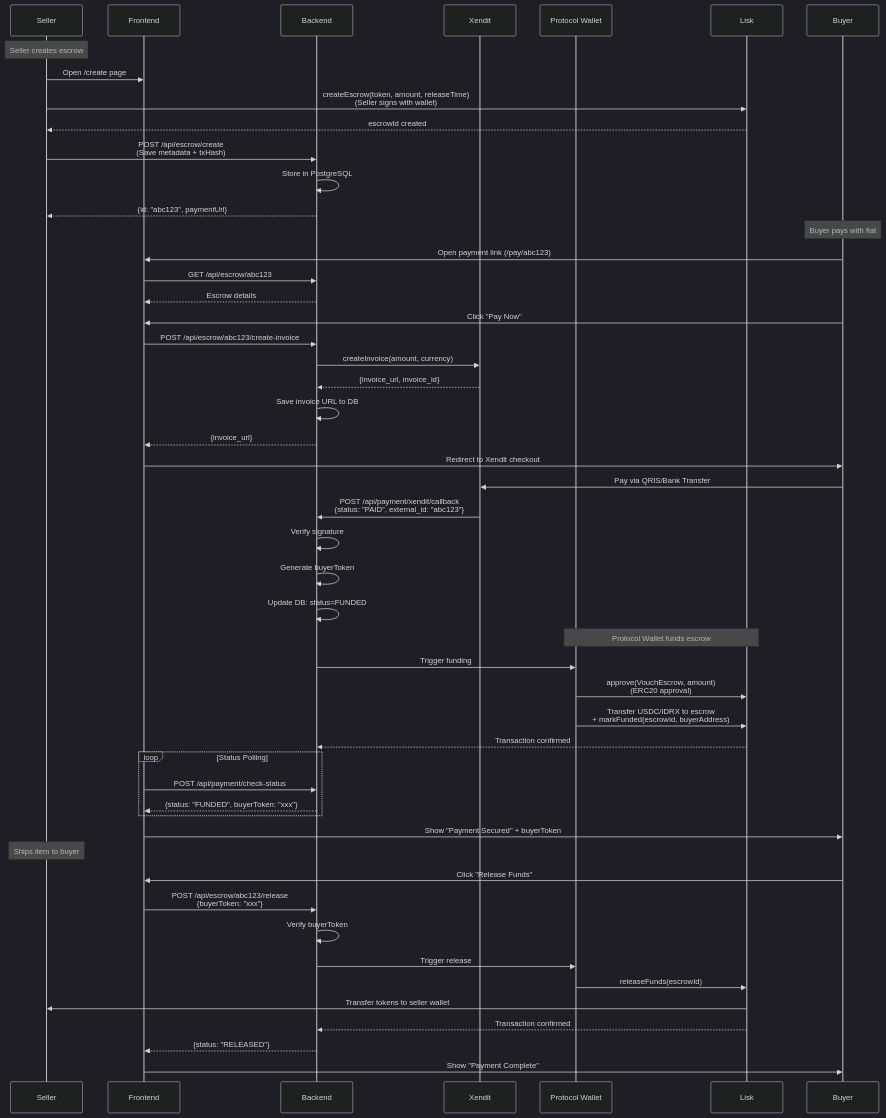
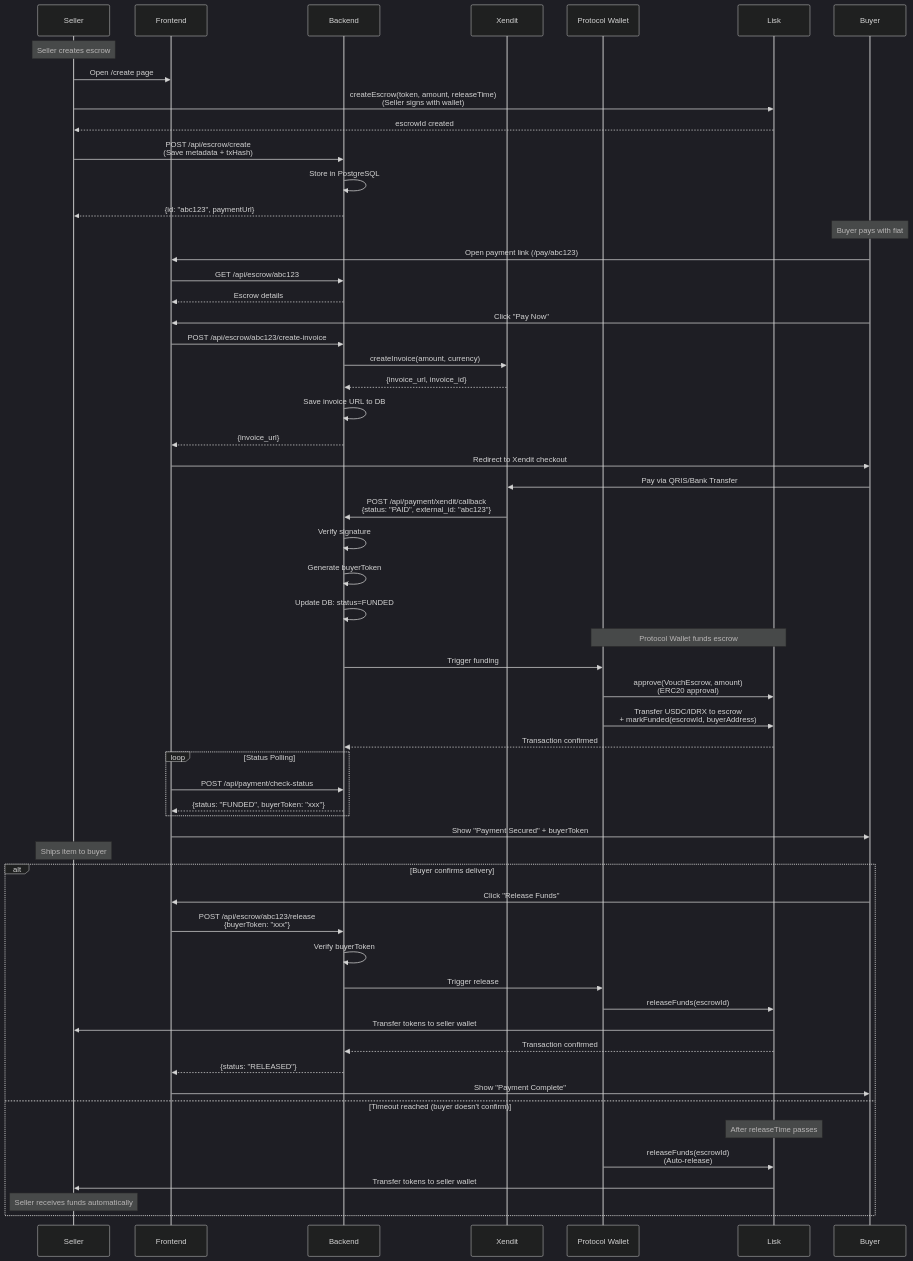
The third of 4 diagrams in README.md (pramadanif/vouch), drawn with Mermaid (dark theme) before and after one commit. The commit also changed other lines of this file, not shown here.

````diff
--- a/README.md
+++ b/README.md
@@ -299,63 +309,70 @@
 ```mermaid
 sequenceDiagram
     participant Seller
     participant Frontend
     participant Backend
     participant Xendit
     participant ProtocolWallet as Protocol Wallet
     participant Lisk
     participant Buyer
 
     Note over Seller: Seller creates escrow
     Seller->>Frontend: Open /create page
     Seller->>Lisk: createEscrow(token, amount, releaseTime)<br/>(Seller signs with wallet)
     Lisk-->>Seller: escrowId created
     Seller->>Backend: POST /api/escrow/create<br/>(Save metadata + txHash)
     Backend->>Backend: Store in PostgreSQL
     Backend-->>Seller: {id: "abc123", paymentUrl}
     
     Note over Buyer: Buyer pays with fiat
     Buyer->>Frontend: Open payment link (/pay/abc123)
     Frontend->>Backend: GET /api/escrow/abc123
     Backend-->>Frontend: Escrow details
 
     Buyer->>Frontend: Click "Pay Now"
     Frontend->>Backend: POST /api/escrow/abc123/create-invoice
     Backend->>Xendit: createInvoice(amount, currency)
     Xendit-->>Backend: {invoice_url, invoice_id}
     Backend->>Backend: Save invoice URL to DB
     Backend-->>Frontend: {invoice_url}
     
     Frontend->>Buyer: Redirect to Xendit checkout
     Buyer->>Xendit: Pay via QRIS/Bank Transfer
     Xendit->>Backend: POST /api/payment/xendit/callback<br/>{status: "PAID", external_id: "abc123"}
     
     Backend->>Backend: Verify signature
     Backend->>Backend: Generate buyerToken
     Backend->>Backend: Update DB: status=FUNDED
     
     Note over ProtocolWallet,Lisk: Protocol Wallet funds escrow
     Backend->>ProtocolWallet: Trigger funding
     ProtocolWallet->>Lisk: approve(VouchEscrow, amount)<br/>(ERC20 approval)
     ProtocolWallet->>Lisk: Transfer USDC/IDRX to escrow<br/>+ markFunded(escrowId, buyerAddress)
     Lisk-->>Backend: Transaction confirmed
     
     loop Status Polling
         Frontend->>Backend: POST /api/payment/check-status
         Backend-->>Frontend: {status: "FUNDED", buyerToken: "xxx"}
     end
     
     Frontend->>Buyer: Show "Payment Secured" + buyerToken
     
     Note over Seller: Ships item to buyer
     
-    Buyer->>Frontend: Click "Release Funds"
-    Frontend->>Backend: POST /api/escrow/abc123/release<br/>{buyerToken: "xxx"}
-    Backend->>Backend: Verify buyerToken
-    Backend->>ProtocolWallet: Trigger release
-    ProtocolWallet->>Lisk: releaseFunds(escrowId)
-    Lisk->>Seller: Transfer tokens to seller wallet
-    Lisk-->>Backend: Transaction confirmed
-    Backend-->>Frontend: {status: "RELEASED"}
-    Frontend->>Buyer: Show "Payment Complete"
+    alt Buyer confirms delivery
+        Buyer->>Frontend: Click "Release Funds"
+        Frontend->>Backend: POST /api/escrow/abc123/release<br/>{buyerToken: "xxx"}
+        Backend->>Backend: Verify buyerToken
+        Backend->>ProtocolWallet: Trigger release
+        ProtocolWallet->>Lisk: releaseFunds(escrowId)
+        Lisk->>Seller: Transfer tokens to seller wallet
+        Lisk-->>Backend: Transaction confirmed
+        Backend-->>Frontend: {status: "RELEASED"}
+        Frontend->>Buyer: Show "Payment Complete"
+    else Timeout reached (buyer doesn't confirm)
+        Note over Lisk: After releaseTime passes
+        ProtocolWallet->>Lisk: releaseFunds(escrowId)<br/>(Auto-release)
+        Lisk->>Seller: Transfer tokens to seller wallet
+        Note over Seller: Seller receives funds automatically
+    end
 ```
````
